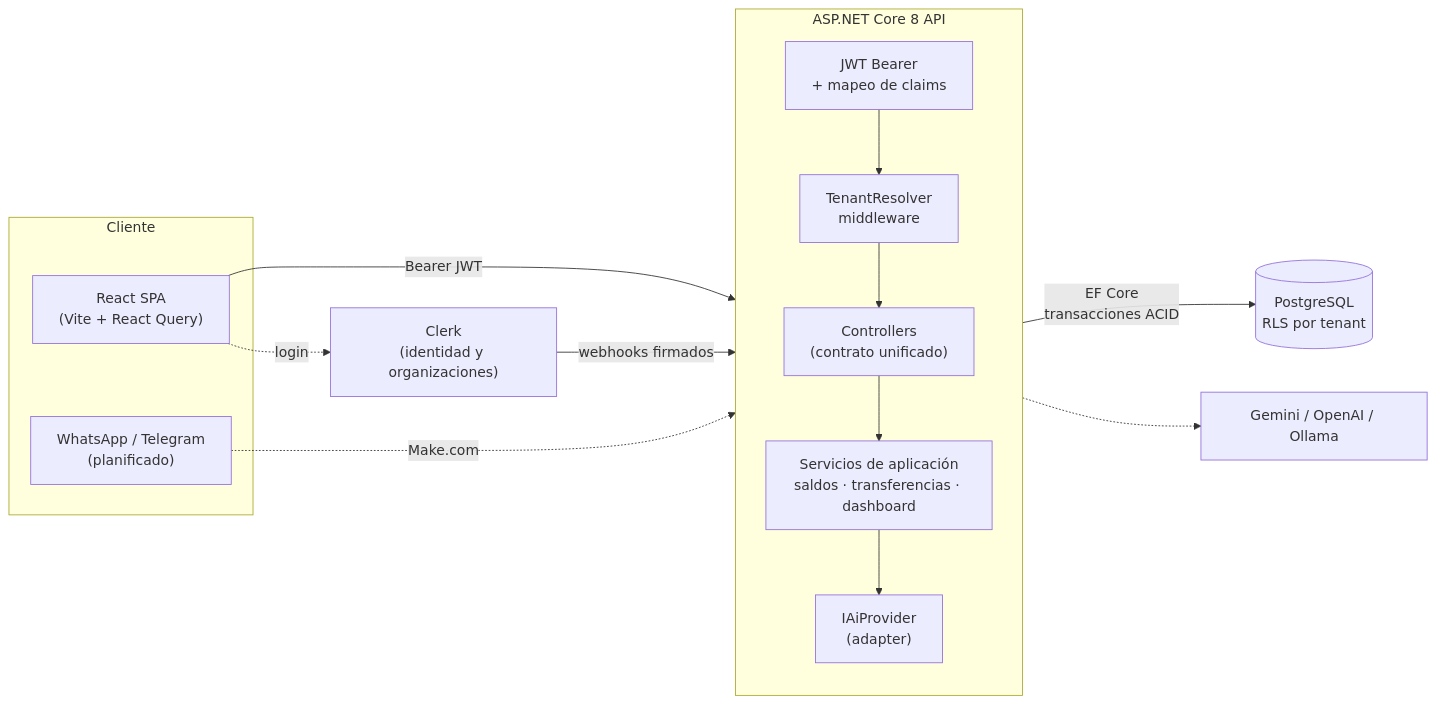
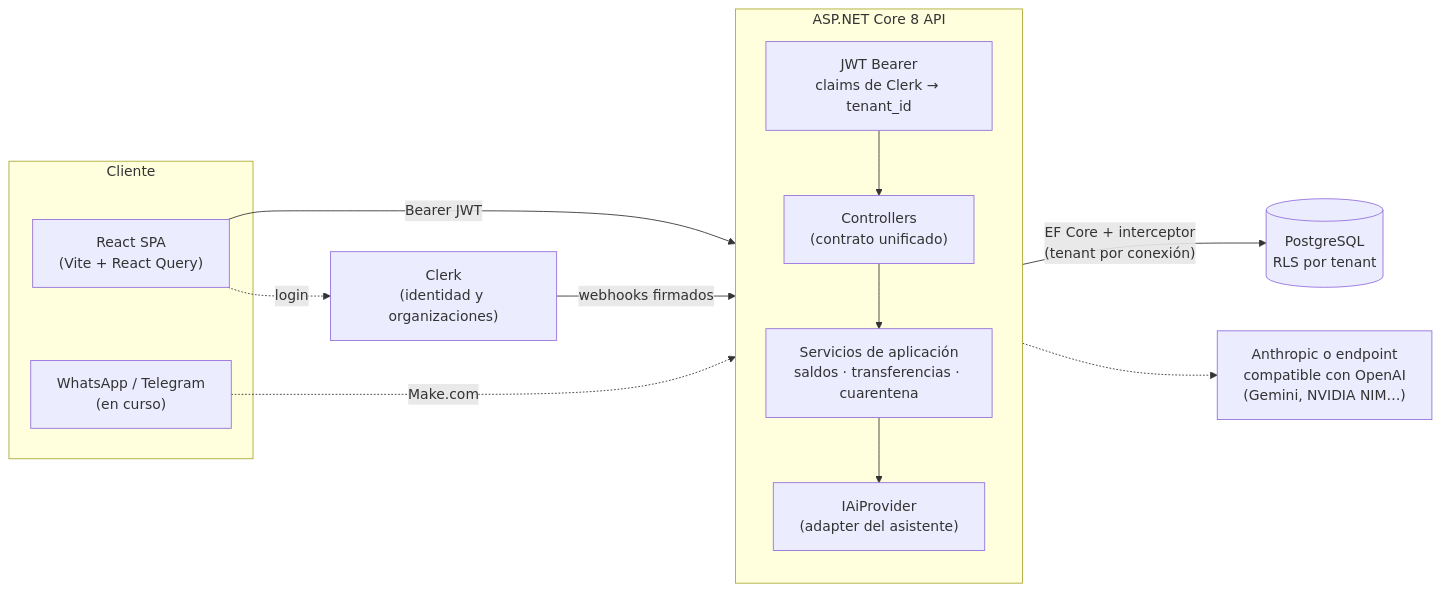
Before and after one commit to FelipeValenzuela00/AsistenteFinanciero: the diagram in README.md, drawn with Mermaid. The commit also changed other lines of this file and 12 other files, not shown here.

````diff
--- a/README.md
+++ b/README.md
@@ -82,30 +130,29 @@
 ```mermaid
 flowchart LR
     subgraph Cliente
         UI["React SPA<br/>(Vite + React Query)"]
-        WA["WhatsApp / Telegram<br/>(planificado)"]
+        WA["WhatsApp / Telegram<br/>(en curso)"]
     end
 
     Clerk["Clerk<br/>(identidad y organizaciones)"]
 
     subgraph API["ASP.NET Core 8 API"]
         direction TB
-        Auth["JWT Bearer<br/>+ mapeo de claims"]
-        Tenant["TenantResolver<br/>middleware"]
+        Auth["JWT Bearer<br/>claims de Clerk → tenant_id"]
         Ctrl["Controllers<br/>(contrato unificado)"]
-        App["Servicios de aplicación<br/>saldos · transferencias · dashboard"]
-        AI["IAiProvider<br/>(adapter)"]
-        Auth --> Tenant --> Ctrl --> App
+        App["Servicios de aplicación<br/>saldos · transferencias · cuarentena"]
+        AI["IAiProvider<br/>(adapter del asistente)"]
+        Auth --> Ctrl --> App
         App --> AI
     end
 
     DB[("PostgreSQL<br/>RLS por tenant")]
-    Gemini["Gemini / OpenAI / Ollama"]
+    LLM["Anthropic o endpoint<br/>compatible con OpenAI<br/>(Gemini, NVIDIA NIM…)"]
 
     UI -- "Bearer JWT" --> Auth
     UI -. login .-> Clerk
     Clerk -- "webhooks firmados" --> Ctrl
     WA -. "Make.com" .-> Ctrl
-    App -- "EF Core<br/>transacciones ACID" --> DB
-    AI -.-> Gemini
+    App -- "EF Core + interceptor<br/>(tenant por conexión)" --> DB
+    AI -.-> LLM
 ```
````
